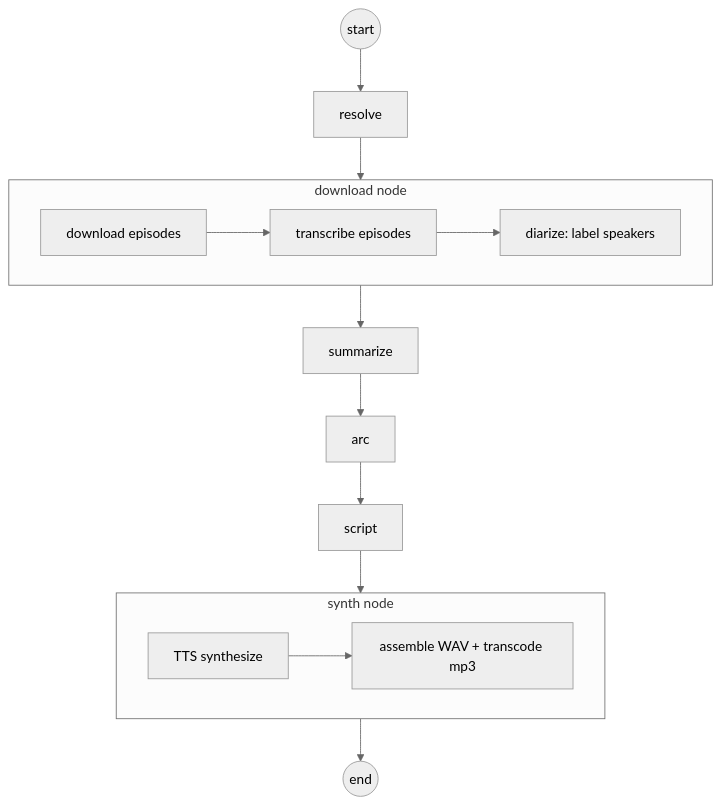
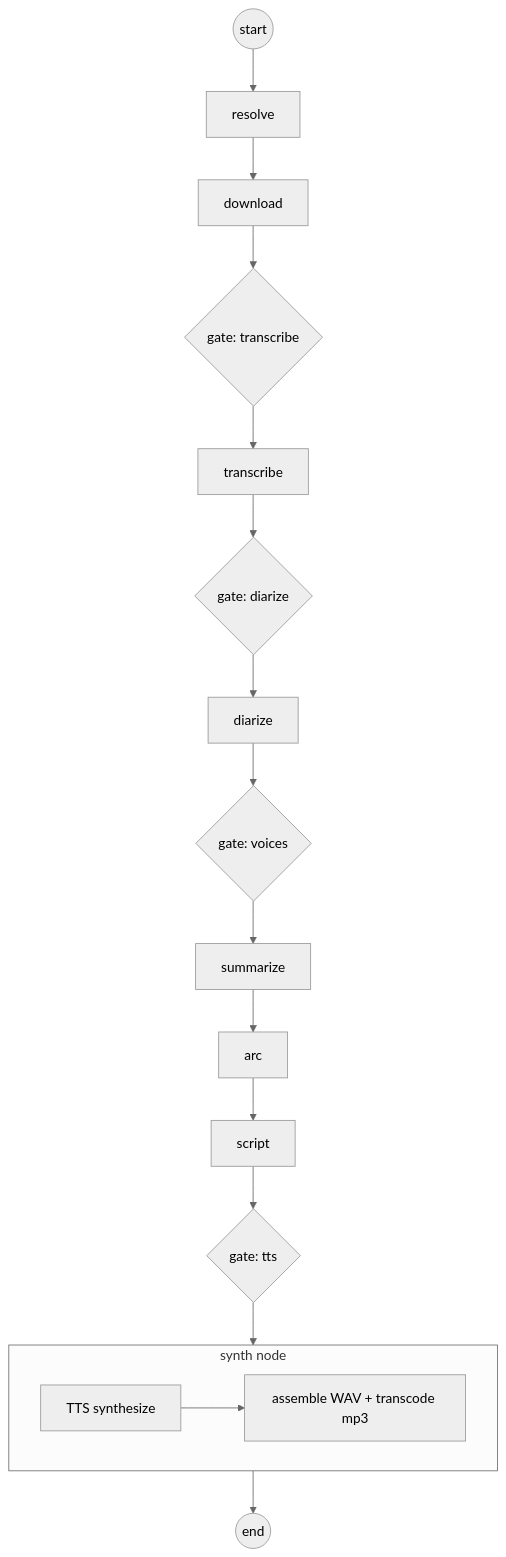
The third of 3 diagrams in docs/architecture.md (behradkhodayar/repodify), drawn with Mermaid (neutral theme) before and after one commit. The commit also changed other lines of this file and 2 other files, not shown here.

````diff
--- a/docs/architecture.md
+++ b/docs/architecture.md
@@ -129,17 +129,20 @@
 ```mermaid
 flowchart TD
     START((start)) --> R[resolve]
-    R --> D[download node]
-    D --> S[summarize]
+    R --> DL[download]
+    DL --> G1{gate: transcribe}
+    G1 --> T[transcribe]
+    T --> G2{gate: diarize}
+    G2 --> DZ[diarize]
+    DZ --> G3{gate: voices}
+    G3 --> S[summarize]
     S --> AR[arc]
     AR --> SC[script]
-    SC --> SY[synth node]
+    SC --> G4{gate: tts}
+    G4 --> SY[synth node]
     SY --> END((end))
 
-    subgraph D[download node]
-        d1[download episodes] --> d2[transcribe episodes] --> d3[diarize: label speakers]
-    end
     subgraph SY[synth node]
         y1[TTS synthesize] --> y2[assemble WAV + transcode mp3]
     end
 ```
````
